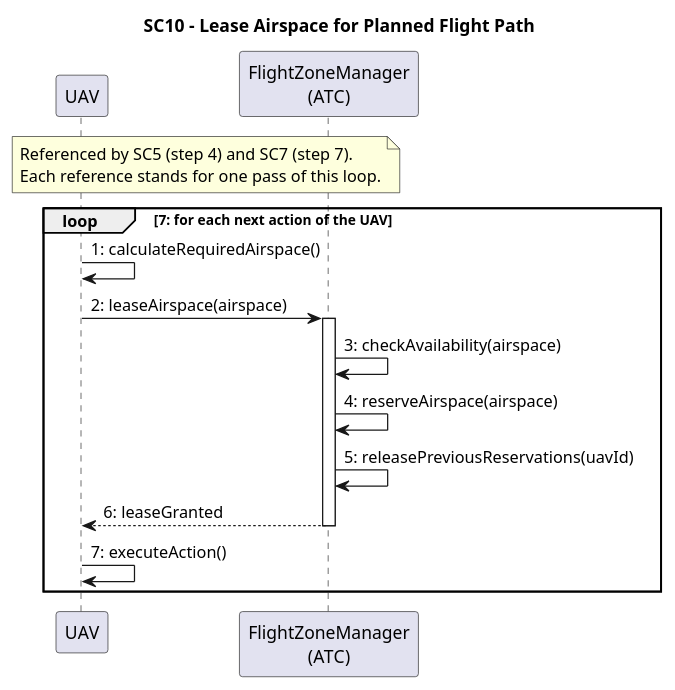
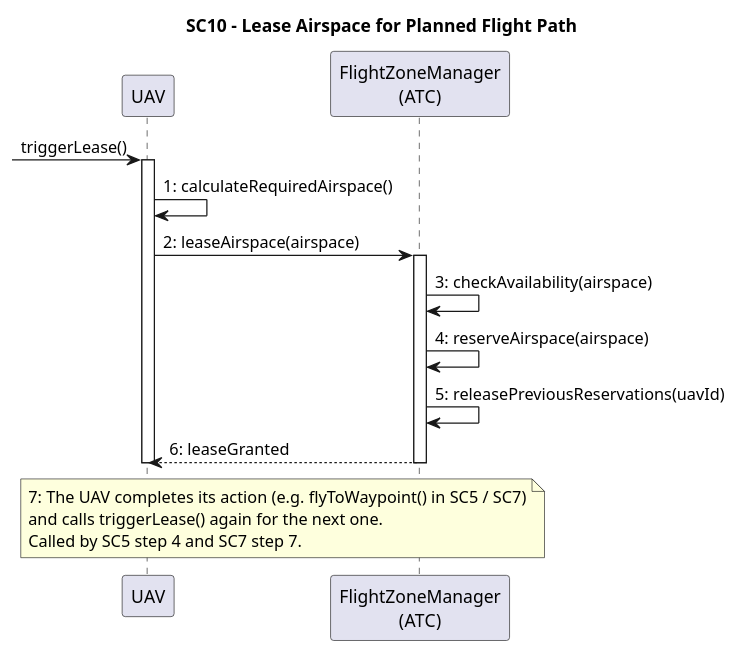
Before and after one commit to RathbergerJakob/e3-soft-eng: the diagram in reworked/sc10.puml, drawn with PlantUML. The commit also changed 9 other files, not shown here.

```diff
--- a/reworked/sc10.puml
+++ b/reworked/sc10.puml
@@ -1,25 +1,26 @@
 @startuml
 title SC10 – Lease Airspace for Planned Flight Path
 
 participant UAV
 participant "FlightZoneManager\n(ATC)" as FlightZoneManager
 
+[-> UAV : triggerLease()
+activate UAV
+
+UAV -> UAV : 1: calculateRequiredAirspace()
+
+UAV -> FlightZoneManager : 2: leaseAirspace(airspace)
+activate FlightZoneManager
+FlightZoneManager -> FlightZoneManager : 3: checkAvailability(airspace)
+FlightZoneManager -> FlightZoneManager : 4: reserveAirspace(airspace)
+FlightZoneManager -> FlightZoneManager : 5: releasePreviousReservations(uavId)
+FlightZoneManager --> UAV : 6: leaseGranted
+deactivate FlightZoneManager
+deactivate UAV
+
 note over UAV, FlightZoneManager
-  Referenced by SC5 (step 4) and SC7 (step 7).
-  Each reference stands for one pass of this loop.
+  7: The UAV completes its action (e.g. flyToWaypoint() in SC5 / SC7)
+  and calls triggerLease() again for the next one.
+  Called by SC5 step 4 and SC7 step 7.
 end note
-
-loop 7: for each next action of the UAV
-  UAV -> UAV : 1: calculateRequiredAirspace()
-
-  UAV -> FlightZoneManager : 2: leaseAirspace(airspace)
-  activate FlightZoneManager
-  FlightZoneManager -> FlightZoneManager : 3: checkAvailability(airspace)
-  FlightZoneManager -> FlightZoneManager : 4: reserveAirspace(airspace)
-  FlightZoneManager -> FlightZoneManager : 5: releasePreviousReservations(uavId)
-  FlightZoneManager --> UAV : 6: leaseGranted
-  deactivate FlightZoneManager
-
-  UAV -> UAV : 7: executeAction()
-end
 @enduml
```
